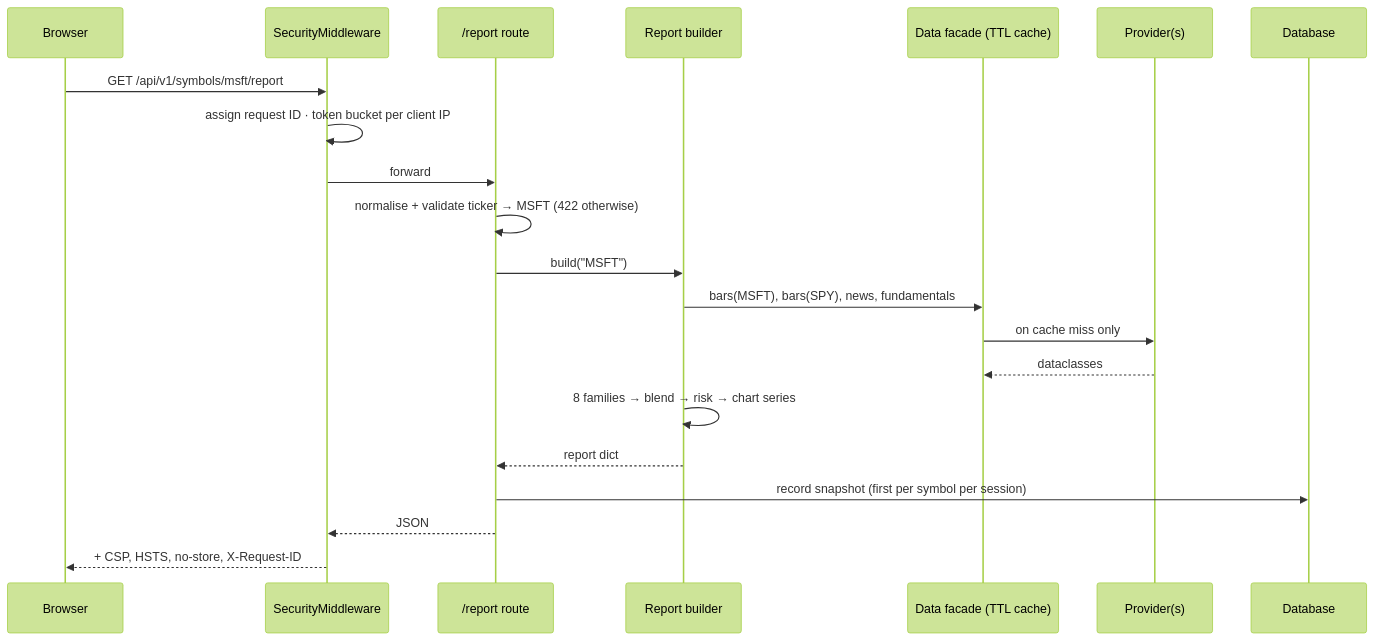
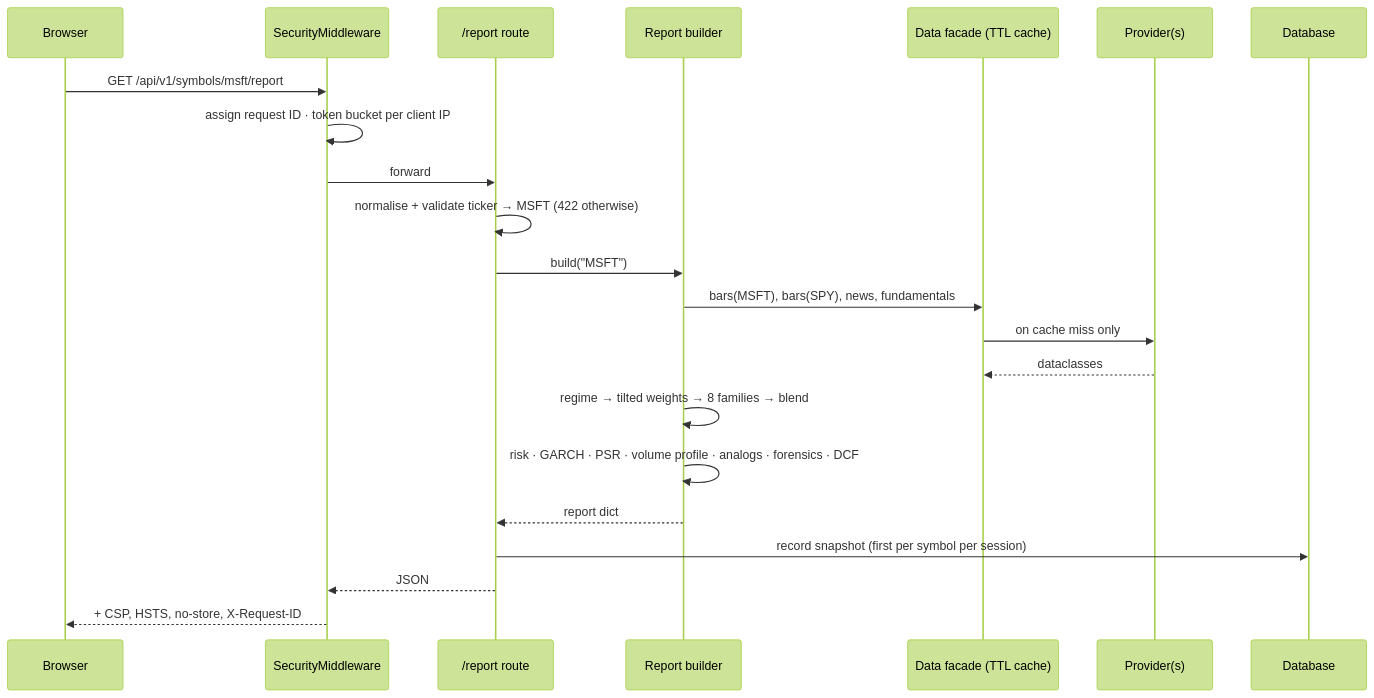
One commit to anand4286/stocklens changed the second of 2 diagrams in docs/ARCHITECTURE.md. Above: the diagram before and after it, drawn with Mermaid (forest theme). The commit also changed other lines of this file and 96 other files, not shown here.

````diff
--- a/docs/ARCHITECTURE.md
+++ b/docs/ARCHITECTURE.md
@@ -73,24 +92,25 @@
 ```mermaid
 sequenceDiagram
     participant B as Browser
     participant S as SecurityMiddleware
     participant R as /report route
     participant RB as Report builder
     participant F as Data facade (TTL cache)
     participant P as Provider(s)
     participant D as Database
 
     B->>S: GET /api/v1/symbols/msft/report
     S->>S: assign request ID · token bucket per client IP
     S->>R: forward
     R->>R: normalise + validate ticker → MSFT (422 otherwise)
     R->>RB: build("MSFT")
     RB->>F: bars(MSFT), bars(SPY), news, fundamentals
     F->>P: on cache miss only
     P-->>F: dataclasses
-    RB->>RB: 8 families → blend → risk → chart series
+    RB->>RB: regime → tilted weights → 8 families → blend
+    RB->>RB: risk · GARCH · PSR · volume profile · analogs · forensics · DCF
     RB-->>R: report dict
     R->>D: record snapshot (first per symbol per session)
     R-->>S: JSON
     S-->>B: + CSP, HSTS, no-store, X-Request-ID
 ```
````
